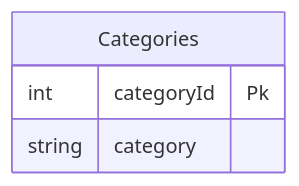
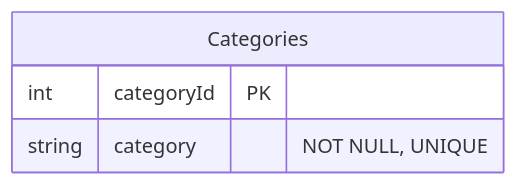
Before and after one commit to rosendocamal/homeworks: diagram 25 of 29 in 4to-Cuatrimestre/fundamentos-base-datos/proyecto/proyecto.md, drawn with Mermaid. The commit also changed other lines of this file, not shown here.

````diff
--- a/4to-Cuatrimestre/fundamentos-base-datos/proyecto/proyecto.md
+++ b/4to-Cuatrimestre/fundamentos-base-datos/proyecto/proyecto.md
@@ -499,7 +468,7 @@
 ```mermaid
 erDiagram
 	Categories {
-		int categoryId Pk
-		string category	
+		int categoryId PK
+		string category	"NOT NULL, UNIQUE"
 	}
 ```
````
